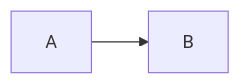
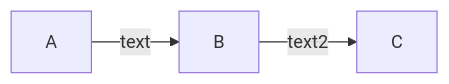
The diagram in README.md (Stelios123/asd), drawn with Mermaid before and after one commit.

````diff
--- a/README.md
+++ b/README.md
@@ -3,5 +3,5 @@
 ```mermaid
    flowchart LR
-   A --> B
-   click A "https://www.google.com"
+   %% this is a comment A -- text --> B{node}
+   A -- text --> B -- text2 --> C
 ```
````
